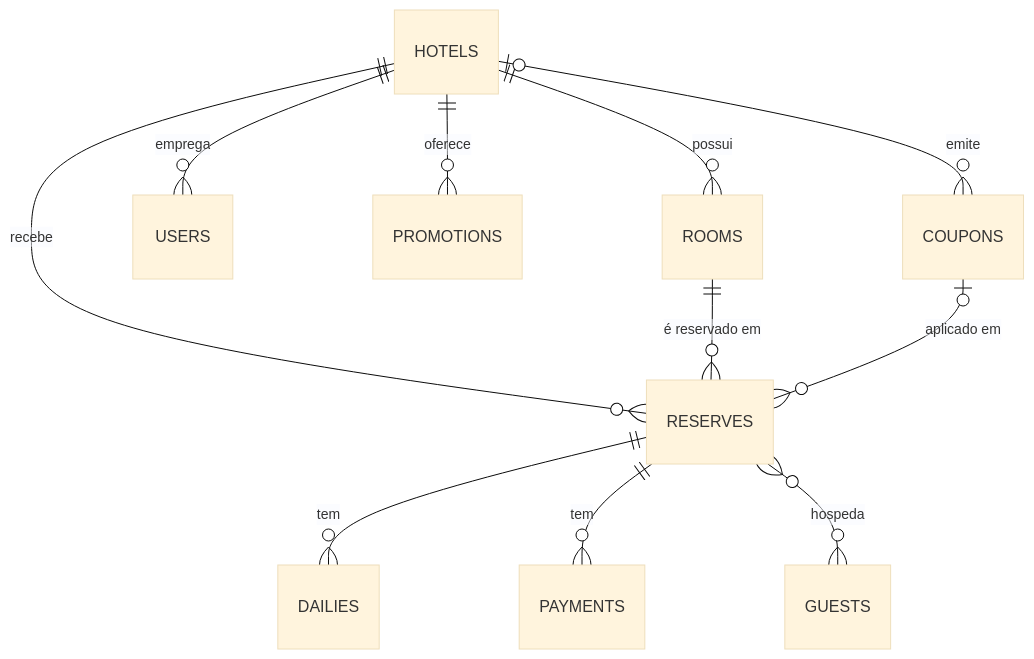
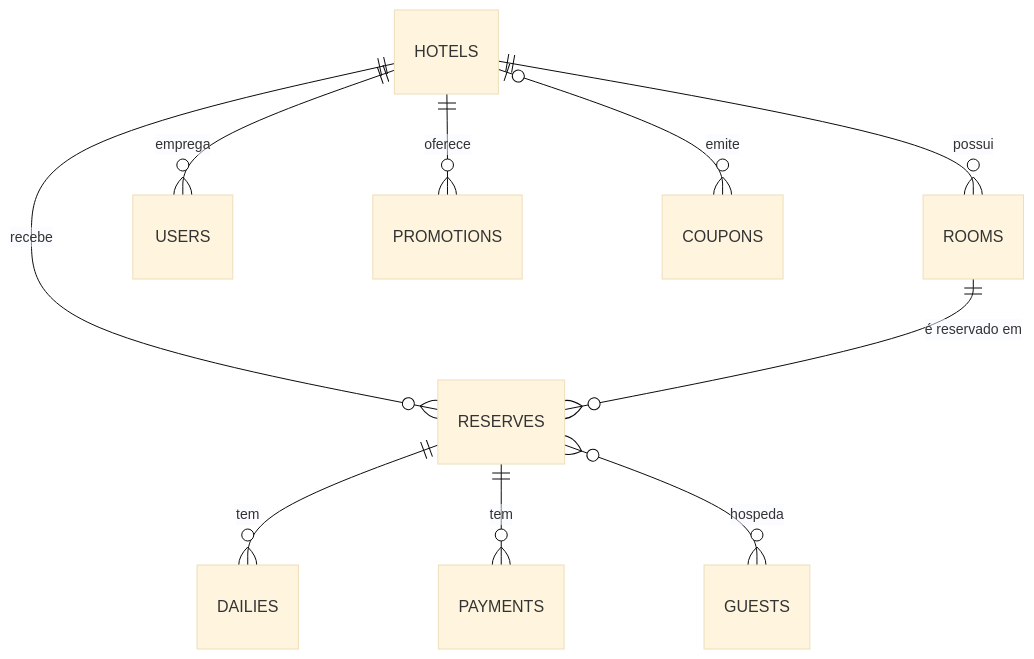
The diagram in README.md (EduardoSL0/desafio-foco-hotel-api), drawn with Mermaid (base theme) before and after one commit. The commit also changed other lines of this file, not shown here.

````diff
--- a/README.md
+++ b/README.md
@@ -80,13 +62,12 @@
 ```mermaid
 erDiagram
     HOTELS ||--o{ ROOMS : possui
     HOTELS ||--o{ RESERVES : recebe
     HOTELS ||--o{ USERS : emprega
     HOTELS ||--o{ PROMOTIONS : oferece
     HOTELS |o--o{ COUPONS : emite
     ROOMS ||--o{ RESERVES : "é reservado em"
-    COUPONS |o--o{ RESERVES : "aplicado em"
     RESERVES ||--o{ DAILIES : tem
     RESERVES ||--o{ PAYMENTS : tem
     RESERVES }o--o{ GUESTS : hospeda
 ```
````
